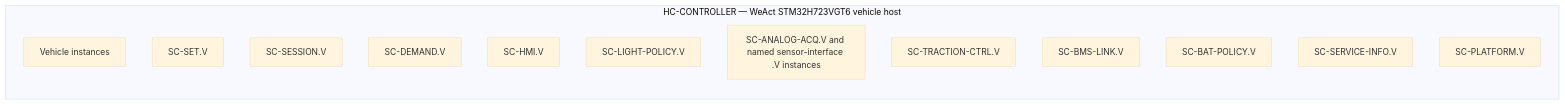
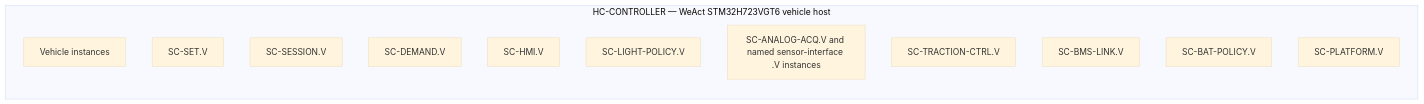
One commit to dhellhake/X2CityMCU changed the seventh of 9 diagrams in .devenv/Architecture/SoftwareArchitecture/DetailedDesign/DD-003_Static_Software_Architecture_Views.md. Above: the diagram before and after it, drawn with Mermaid (base theme). The commit also changed other lines of this file and 69 other files, not shown here.

````diff
--- a/.devenv/Architecture/SoftwareArchitecture/DetailedDesign/DD-003_Static_Software_Architecture_Views.md
+++ b/.devenv/Architecture/SoftwareArchitecture/DetailedDesign/DD-003_Static_Software_Architecture_Views.md
@@ -237,18 +235,17 @@
 ```mermaid
 flowchart LR
     subgraph HV[HC-CONTROLLER — WeAct STM32H723VGT6 vehicle host]
         direction TB
         VV[Vehicle instances]
         V1[SC-SET.V]
         V2[SC-SESSION.V]
         V3[SC-DEMAND.V]
         V4[SC-HMI.V]
         V5[SC-LIGHT-POLICY.V]
         V6[SC-ANALOG-ACQ.V and named sensor-interface .V instances]
         V7[SC-TRACTION-CTRL.V]
         V8[SC-BMS-LINK.V]
         V9[SC-BAT-POLICY.V]
-        V10[SC-SERVICE-INFO.V]
-        V11[SC-PLATFORM.V]
+        V10[SC-PLATFORM.V]
     end
 ```
````
